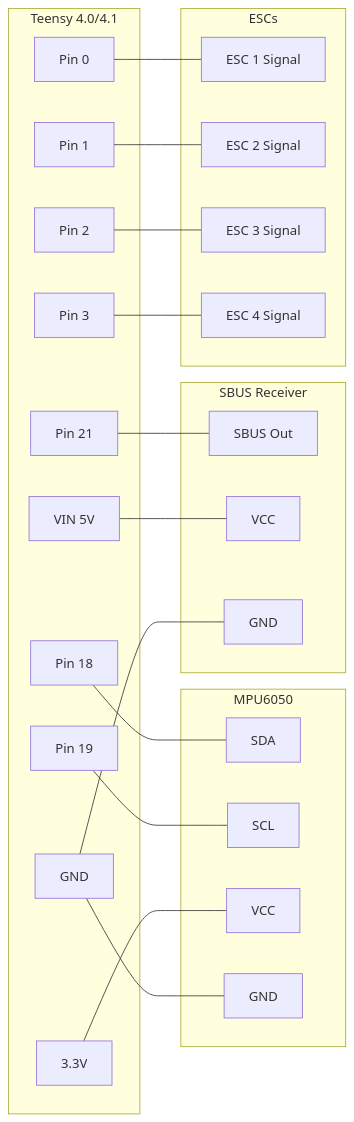
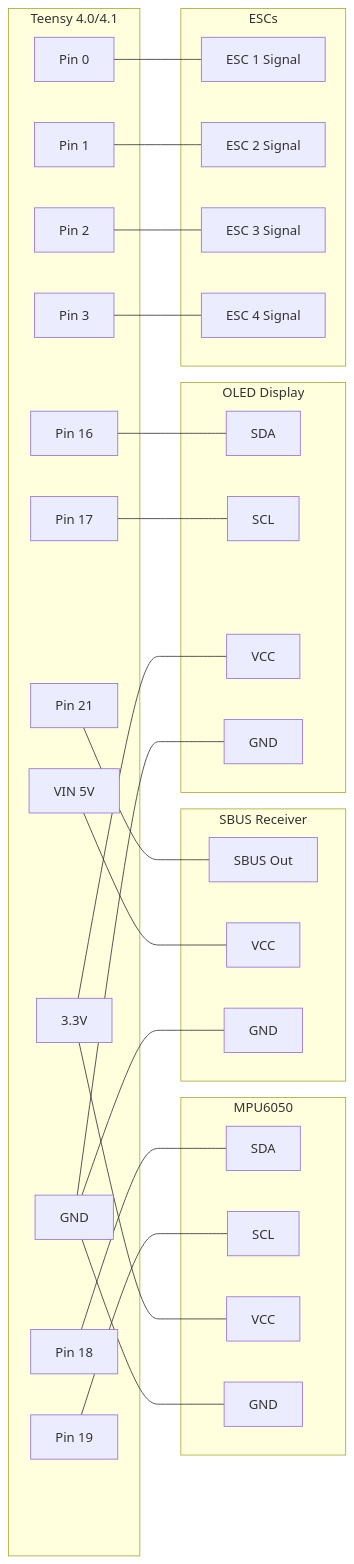
One commit to gndpwnd/floppi changed the diagram in flight_controller/docs/teensy_wiring.md. Above: the diagram before and after it, drawn with Mermaid. The commit also changed other lines of this file and 7 other files, not shown here.

First line of the commit message:
flight_controller: auto-calibration routines, wiring docs, hardware usability roadmap

````diff
--- a/flight_controller/docs/teensy_wiring.md
+++ b/flight_controller/docs/teensy_wiring.md
@@ -9,49 +9,63 @@
 ```mermaid
 flowchart LR
     subgraph Teensy["Teensy 4.0/4.1"]
         T18[Pin 18]
         T19[Pin 19]
         T21[Pin 21]
+        T16[Pin 16]
+        T17[Pin 17]
         T0[Pin 0]
         T1[Pin 1]
         T2[Pin 2]
         T3[Pin 3]
         TGND[GND]
         TV33[3.3V]
         TVIN[VIN 5V]
     end
 
     subgraph IMU["MPU6050"]
         ISDA[SDA]
         ISCL[SCL]
         IVCC[VCC]
         IGND[GND]
     end
 
     subgraph RX["SBUS Receiver"]
         RSBUS[SBUS Out]
         RVCC[VCC]
         RGND[GND]
     end
 
+    subgraph OLED["OLED Display"]
+        OSDA[SDA]
+        OSCL[SCL]
+        OVCC[VCC]
+        OGND[GND]
+    end
+
     subgraph Motors["ESCs"]
         M1[ESC 1 Signal]
         M2[ESC 2 Signal]
         M3[ESC 3 Signal]
         M4[ESC 4 Signal]
     end
 
     T18 --- ISDA
     T19 --- ISCL
     TV33 --- IVCC
     TGND --- IGND
 
     T21 --- RSBUS
     TVIN --- RVCC
     TGND --- RGND
 
+    T16 --- OSDA
+    T17 --- OSCL
+    TV33 --- OVCC
+    TGND --- OGND
+
     T0 --- M1
     T1 --- M2
     T2 --- M3
     T3 --- M4
 ```
````
